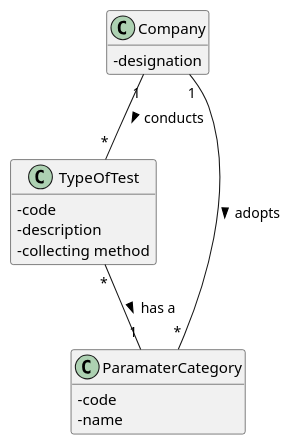
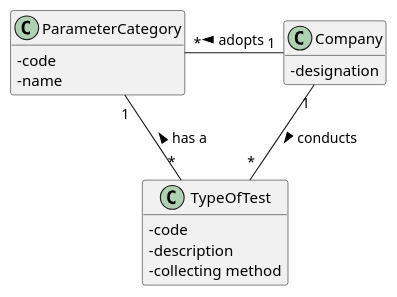
One commit to GuilhermeCunha79/lapr2 changed the diagram in docs/SprintC/US9/UC9_MD.puml. Above: the diagram before and after it, drawn with PlantUML. The commit also changed 57 other files, not shown here.

Commit message:
[US-9] Great Improvements to the US-9 documentation diagrams and code [US-8] Great Improvements to the US-8 documentation and diagrams [API] Added all 3 APIs needed for US5 & US12

```diff
--- a/docs/SprintC/US9/UC9_MD.puml
+++ b/docs/SprintC/US9/UC9_MD.puml
@@ -1,26 +1,24 @@
 @startuml
 'https://plantuml.com/sequence-diagram
 hide methods
 skinparam classAttributeIconSize 0
 
-
-
 Company"1" -- "*"TypeOfTest:> conducts
-Company"1" -- "*"ParamaterCategory :> adopts
-TypeOfTest"*" -- "1"ParamaterCategory :> has a
+Company"1" -left- "*"ParameterCategory : "> adopts"
+TypeOfTest"*" -- "1"ParameterCategory : "> has a"
 
 class TypeOfTest{
 -code
 -description
 -collecting method
 }
 
 class Company{
 -designation
 }
 
-class ParamaterCategory{
+class ParameterCategory{
     -code
     -name
 }
 @enduml
```
